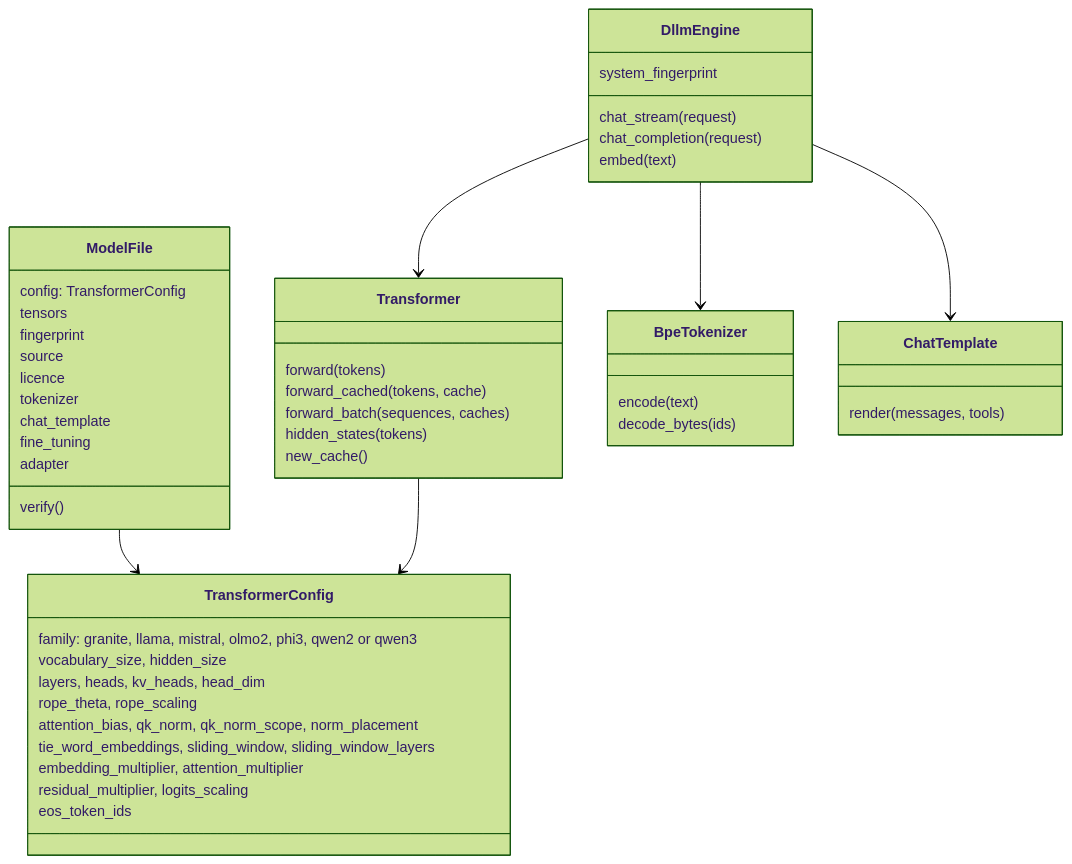
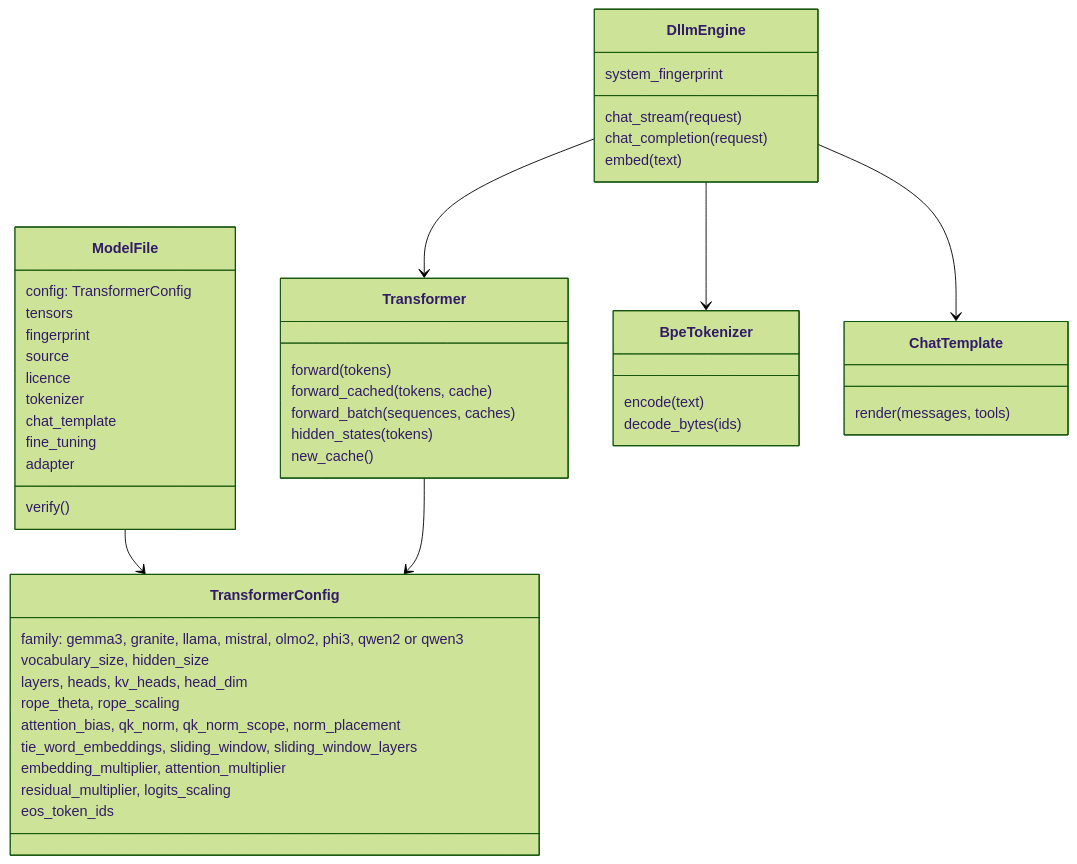
One commit to vrenken/etalii.dllm changed the fourth of 4 diagrams in docs/architecture/models.md. Above: the diagram before and after it, drawn with Mermaid (forest theme). The commit also changed other lines of this file and 19 other files, not shown here.

````diff
--- a/docs/architecture/models.md
+++ b/docs/architecture/models.md
@@ -138,51 +140,51 @@
 ```mermaid
 classDiagram
     class ModelFile {
         config: TransformerConfig
         tensors
         fingerprint
         source
         licence
         tokenizer
         chat_template
         fine_tuning
         adapter
         verify()
     }
     class TransformerConfig {
-        family: granite, llama, mistral, olmo2, phi3, qwen2 or qwen3
+        family: gemma3, granite, llama, mistral, olmo2, phi3, qwen2 or qwen3
         vocabulary_size, hidden_size
         layers, heads, kv_heads, head_dim
         rope_theta, rope_scaling
         attention_bias, qk_norm, qk_norm_scope, norm_placement
         tie_word_embeddings, sliding_window, sliding_window_layers
         embedding_multiplier, attention_multiplier
         residual_multiplier, logits_scaling
         eos_token_ids
     }
     class Transformer {
         forward(tokens)
         forward_cached(tokens, cache)
         forward_batch(sequences, caches)
         hidden_states(tokens)
         new_cache()
     }
     class BpeTokenizer {
         encode(text)
         decode_bytes(ids)
     }
     class ChatTemplate {
         render(messages, tools)
     }
     class DllmEngine {
         chat_stream(request)
         chat_completion(request)
         embed(text)
         system_fingerprint
     }
     ModelFile --> TransformerConfig
     Transformer --> TransformerConfig
     DllmEngine --> Transformer
     DllmEngine --> BpeTokenizer
     DllmEngine --> ChatTemplate
 ```
````
